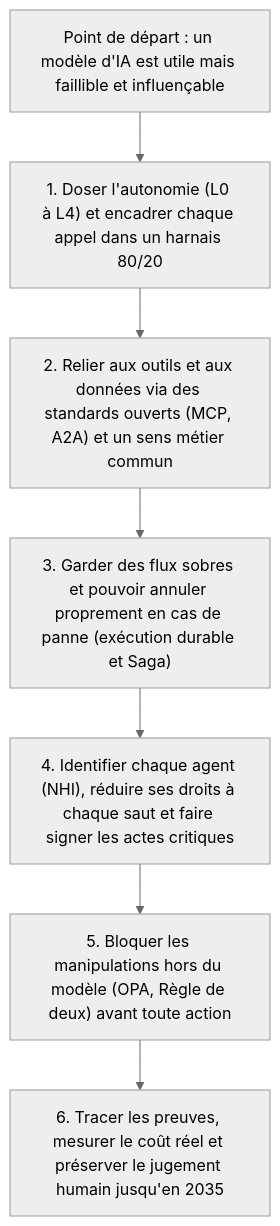
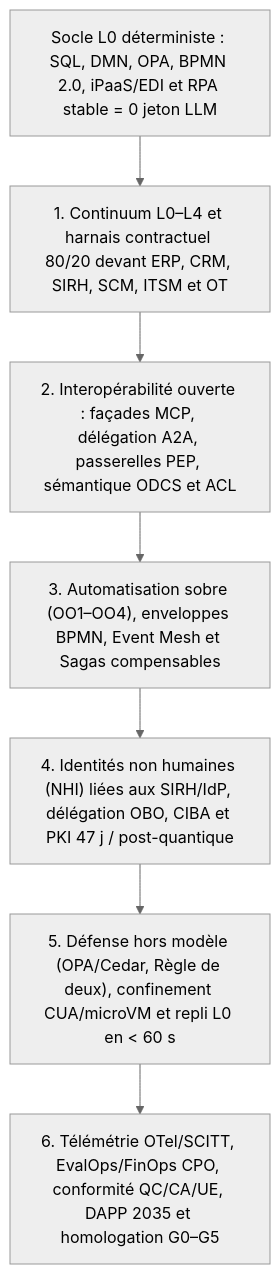
Before and after one commit to agbruneau/Agentique: the diagram in README.md, drawn with Mermaid (neutral theme). The commit also changed other lines of this file and 313 other files, not shown here.

````diff
--- a/README.md
+++ b/README.md
@@ -56,12 +61,12 @@
 ```mermaid
 flowchart TD
-    P0["Point de départ : un modèle d'IA est utile mais faillible et influençable"]
-    P1["1. Doser l'autonomie (L0 à L4) et encadrer chaque appel dans un harnais 80/20"]
-    P2["2. Relier aux outils et aux données via des standards ouverts (MCP, A2A) et un sens métier commun"]
-    P3["3. Garder des flux sobres et pouvoir annuler proprement en cas de panne (exécution durable et Saga)"]
-    P4["4. Identifier chaque agent (NHI), réduire ses droits à chaque saut et faire signer les actes critiques"]
-    P5["5. Bloquer les manipulations hors du modèle (OPA, Règle de deux) avant toute action"]
-    P6["6. Tracer les preuves, mesurer le coût réel et préserver le jugement humain jusqu'en 2035"]
+    P0["Socle L0 déterministe : SQL, DMN, OPA, BPMN 2.0, iPaaS/EDI et RPA stable = 0 jeton LLM"]
+    P1["1. Continuum L0–L4 et harnais contractuel 80/20 devant ERP, CRM, SIRH, SCM, ITSM et OT"]
+    P2["2. Interopérabilité ouverte : façades MCP, délégation A2A, passerelles PEP, sémantique ODCS et ACL"]
+    P3["3. Automatisation sobre (OO1–OO4), enveloppes BPMN, Event Mesh et Sagas compensables"]
+    P4["4. Identités non humaines (NHI) liées aux SIRH/IdP, délégation OBO, CIBA et PKI 47 j / post-quantique"]
+    P5["5. Défense hors modèle (OPA/Cedar, Règle de deux), confinement CUA/microVM et repli L0 en < 60 s"]
+    P6["6. Télémétrie OTel/SCITT, EvalOps/FinOps CPO, conformité QC/CA/UE, DAPP 2035 et homologation G0–G5"]
 
     P0 --> P1 --> P2 --> P3 --> P4 --> P5 --> P6
 ```
````
